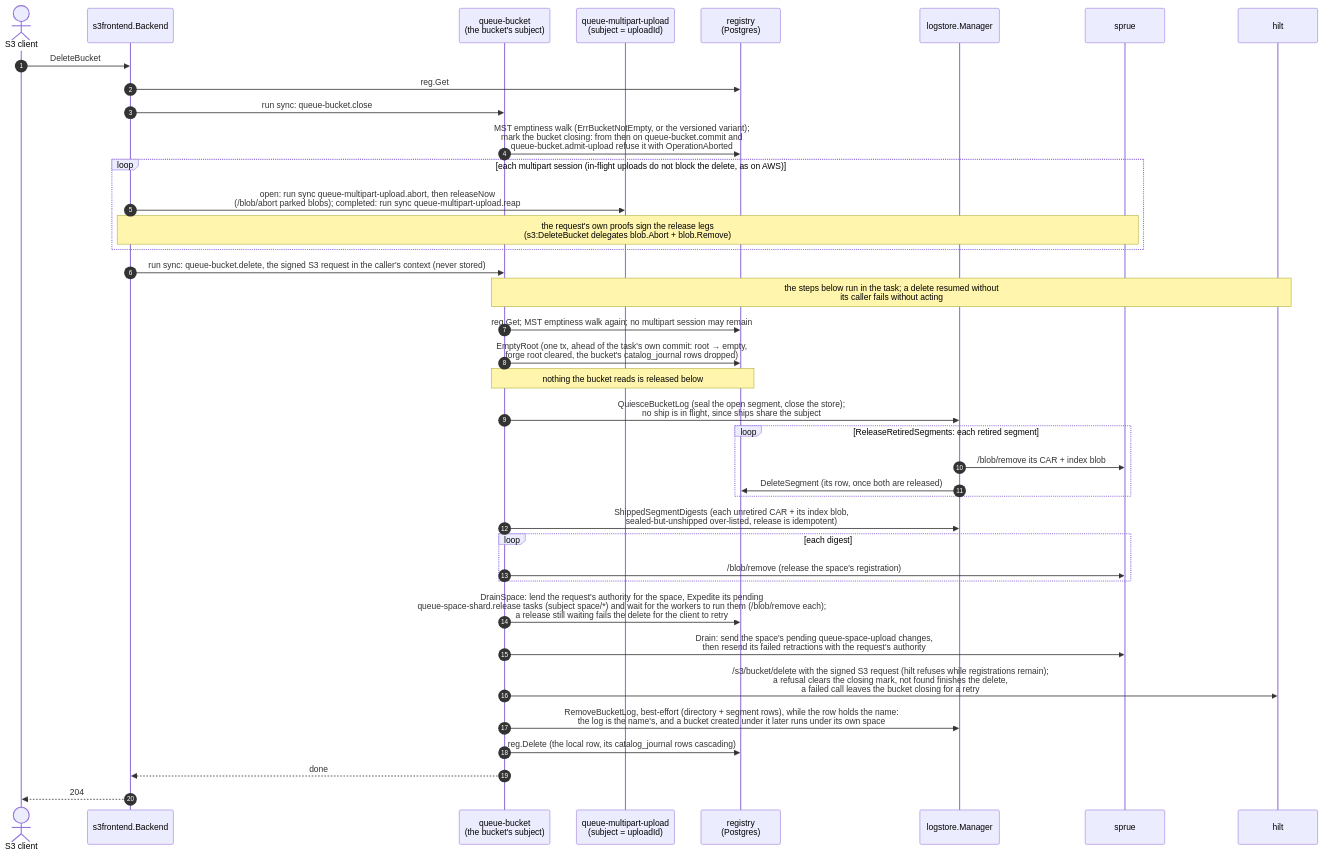
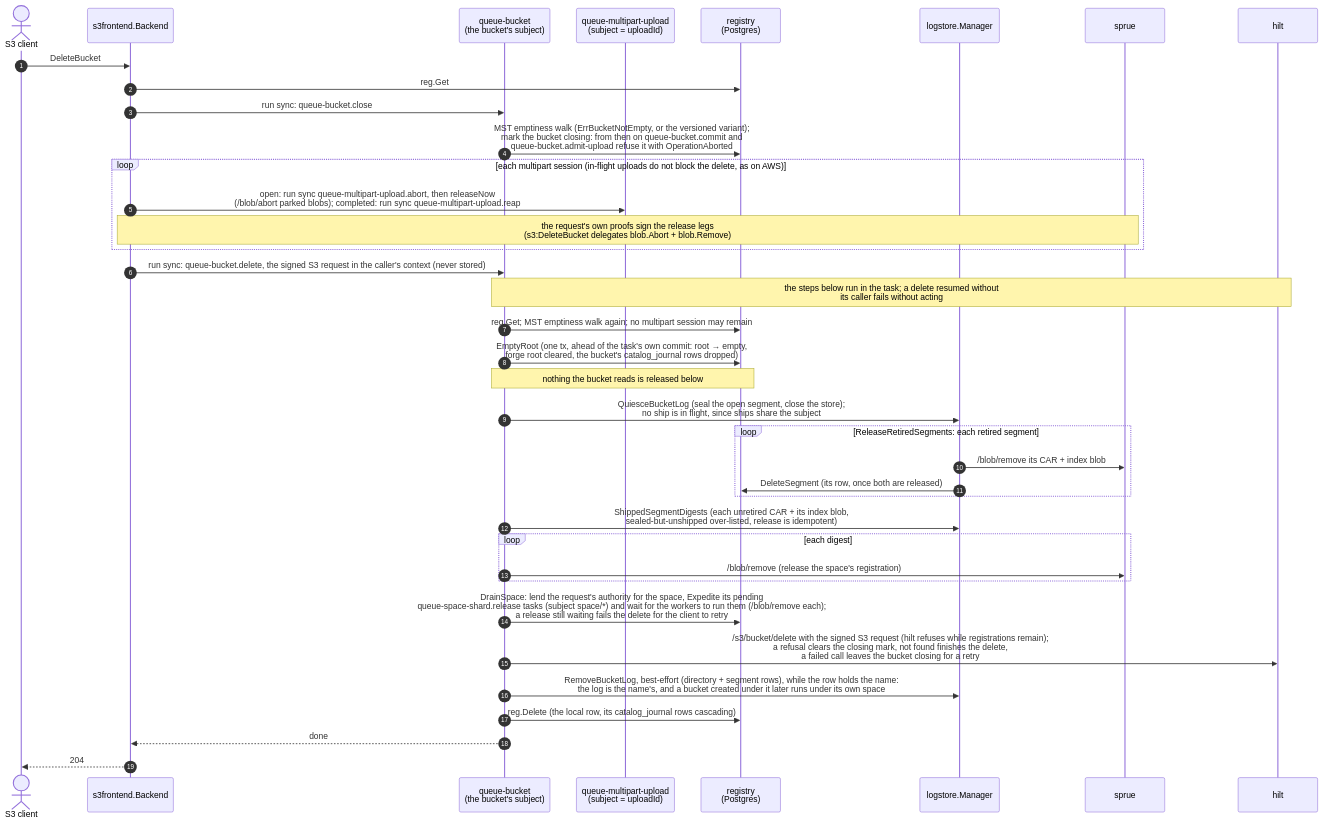
One commit to fil-forge/ingot changed diagram 15 of 15 in docs/diagrams.md. Above: the diagram before and after it, drawn with Mermaid. The commit also changed other lines of this file and 54 other files, not shown here.

````diff
--- a/docs/diagrams.md
+++ b/docs/diagrams.md
@@ -1314,42 +1304,41 @@
 ```mermaid
 sequenceDiagram
     autonumber
     actor C as S3 client
     participant B as s3frontend.Backend
     participant Q as queue-bucket<br/>(the bucket's subject)
     participant M as queue-multipart-upload<br/>(subject = uploadId)
     participant R as registry<br/>(Postgres)
     participant L as logstore.Manager
     participant U as sprue
     participant H as hilt
 
     C->>B: DeleteBucket
     B->>R: reg.Get
     B->>Q: run sync: queue-bucket.close
     Q->>R: MST emptiness walk (ErrBucketNotEmpty, or the versioned variant)#59;<br/>mark the bucket closing: from then on queue-bucket.commit and<br/>queue-bucket.admit-upload refuse it with OperationAborted
     loop each multipart session (in-flight uploads do not block the delete, as on AWS)
         B->>M: open: run sync queue-multipart-upload.abort, then releaseNow<br/>(/blob/abort parked blobs)#59; completed: run sync queue-multipart-upload.reap
         Note over B,U: the request's own proofs sign the release legs<br/>(s3:DeleteBucket delegates blob.Abort + blob.Remove)
     end
     B->>Q: run sync: queue-bucket.delete, the signed S3 request in the caller's context (never stored)
     Note over Q,H: the steps below run in the task#59; a delete resumed without<br/>its caller fails without acting
     Q->>R: reg.Get#59; MST emptiness walk again#59; no multipart session may remain
     Q->>R: EmptyRoot (one tx, ahead of the task's own commit: root → empty,<br/>forge root cleared, the bucket's catalog_journal rows dropped)
     Note over Q,R: nothing the bucket reads is released below
     Q->>L: QuiesceBucketLog (seal the open segment, close the store)#59;<br/>no ship is in flight, since ships share the subject
     loop ReleaseRetiredSegments: each retired segment
         L->>U: /blob/remove its CAR + index blob
         L->>R: DeleteSegment (its row, once both are released)
     end
     Q->>L: ShippedSegmentDigests (each unretired CAR + its index blob,<br/>sealed-but-unshipped over-listed, release is idempotent)
     loop each digest
         Q->>U: /blob/remove (release the space's registration)
     end
     Q->>R: DrainSpace: lend the request's authority for the space, Expedite its pending<br/>queue-space-shard.release tasks (subject space/*) and wait for the workers to run them (/blob/remove each)#59;<br/>a release still waiting fails the delete for the client to retry
-    Q->>U: Drain: send the space's pending queue-space-upload changes,<br/>then resend its failed retractions with the request's authority
     Q->>H: /s3/bucket/delete with the signed S3 request (hilt refuses while registrations remain)#59;<br/>a refusal clears the closing mark, not found finishes the delete,<br/>a failed call leaves the bucket closing for a retry
     Q->>L: RemoveBucketLog, best-effort (directory + segment rows), while the row holds the name:<br/>the log is the name's, and a bucket created under it later runs under its own space
     Q->>R: reg.Delete (the local row, its catalog_journal rows cascading)
     Q-->>B: done
     B-->>C: 204
 ```
````
